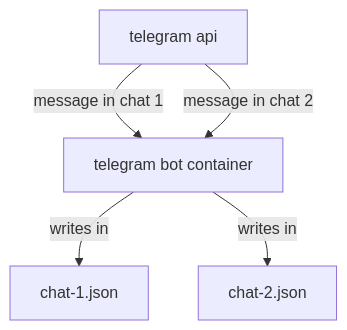
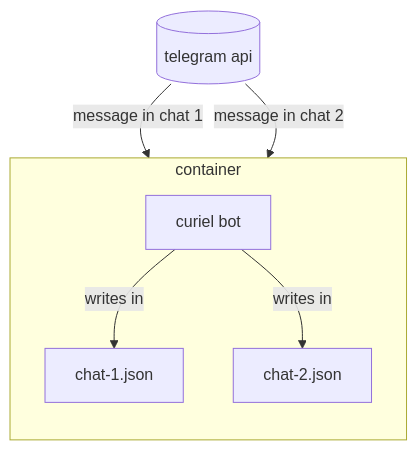
One commit to carnivuth/curiel_bot changed the second of 2 diagrams in readme.md. Above: the diagram before and after it, drawn with Mermaid. The commit also changed other lines of this file, not shown here.

````diff
--- a/readme.md
+++ b/readme.md
@@ -107,10 +107,13 @@
 ```mermaid
 flowchart TD
-A[telegram bot container]
-B[telegram api]
+subgraph container
+direction TB
+A[curiel bot]
 C[chat-1.json]
 D[chat-2.json]
+end
+B[(telegram api)]
 B -- message in chat 1 --> A -- writes in --> C
 B -- message in chat 2 --> A -- writes in --> D
 
 ```
````
